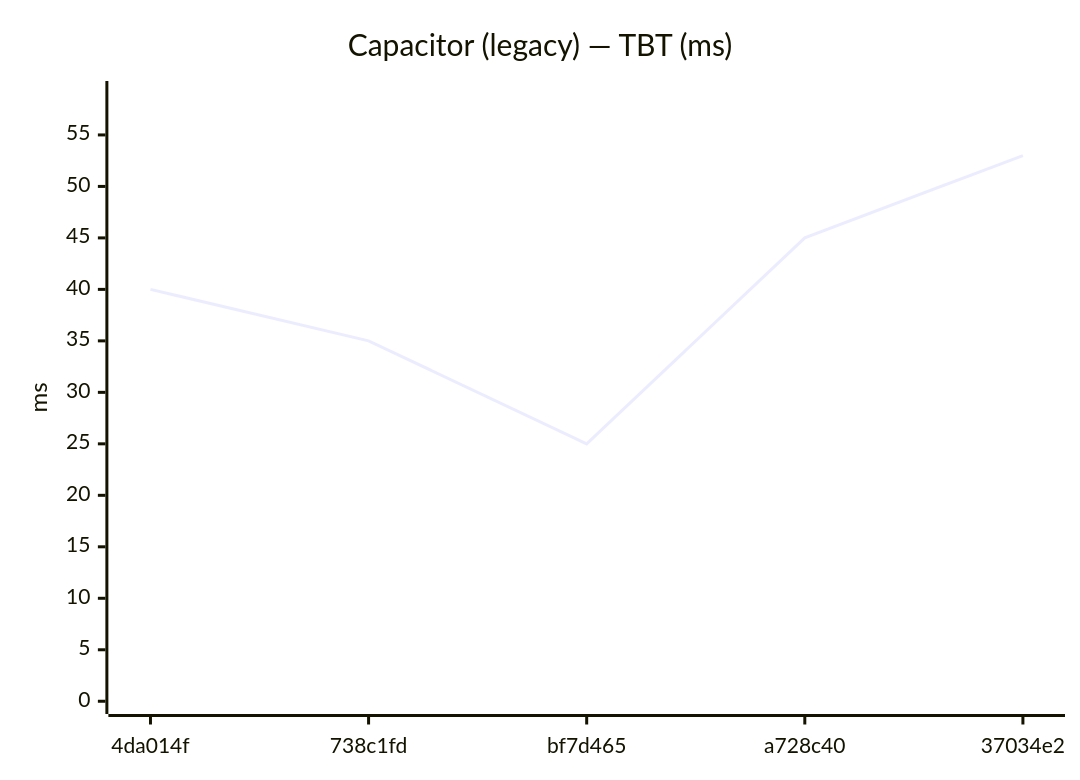
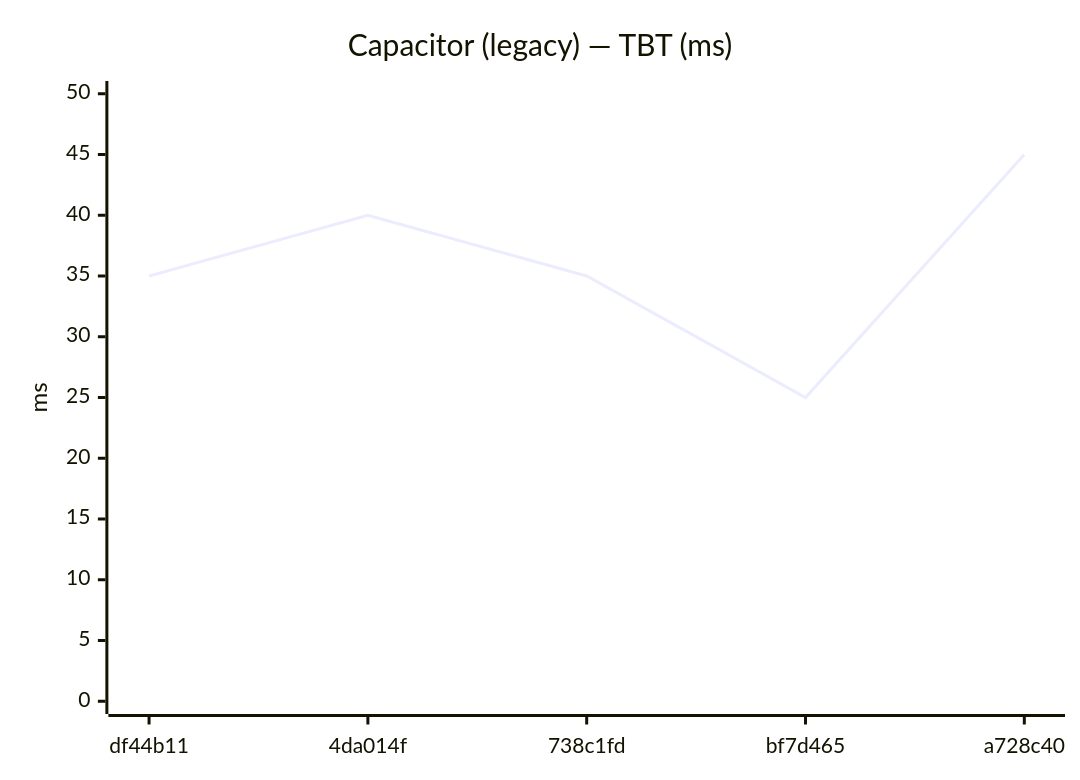
Diagram 14 of 24 in benchmarks/compare.md (Metaheurist/Rianell), drawn with Mermaid before and after one commit. The commit also changed other lines of this file and 12 other files, not shown here.

````diff
--- a/benchmarks/compare.md
+++ b/benchmarks/compare.md
@@ -201,7 +201,7 @@
 ```mermaid
 xychart-beta
     title "Capacitor (legacy) — TBT (ms)"
-    x-axis ["4da014f", "738c1fd", "bf7d465", "a728c40", "37034e2"]
-    y-axis "ms" 0 --> 59
-    line [40, 35, 25, 45, 53]
+    x-axis ["df44b11", "4da014f", "738c1fd", "bf7d465", "a728c40"]
+    y-axis "ms" 0 --> 50
+    line [35, 40, 35, 25, 45]
 ```
````
